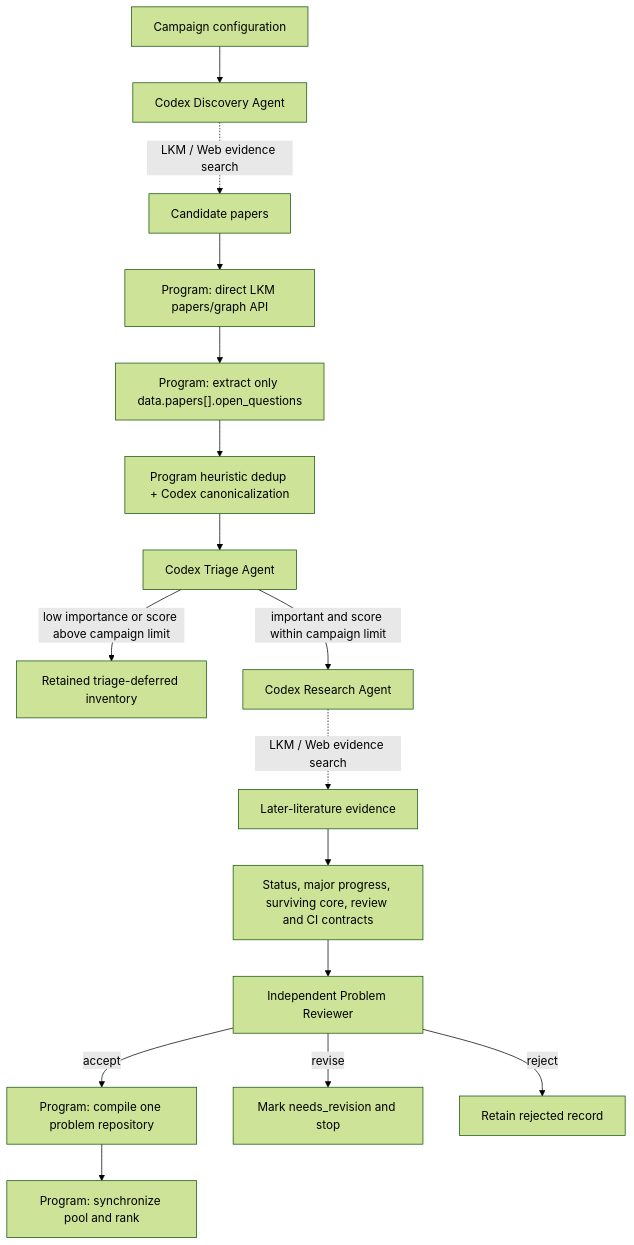
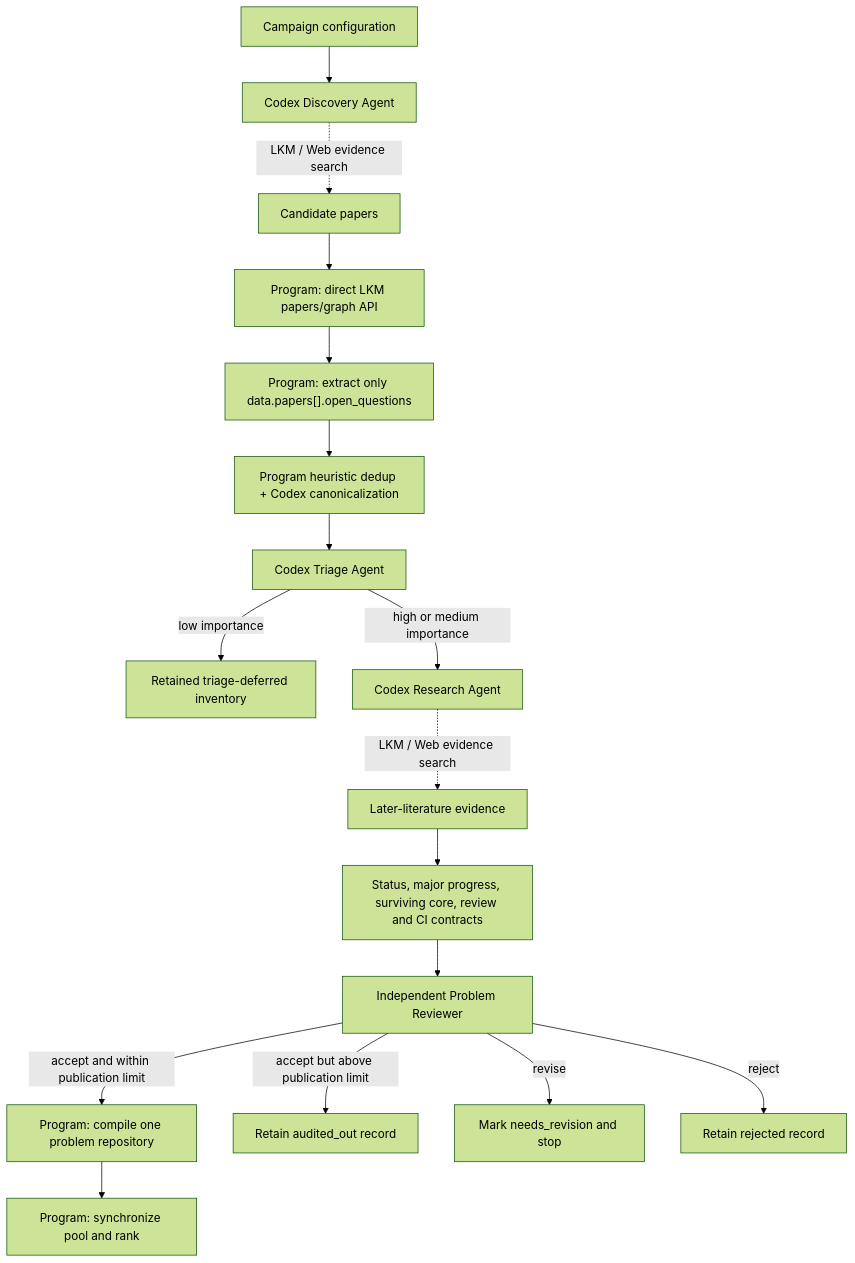
The diagram in README.md (kunyuan/open-research-discovery), drawn with Mermaid (forest theme) before and after one commit. The commit also changed other lines of this file and 14 other files, not shown here.

Commit message:
Audit all important candidates before publication gating

````diff
--- a/README.md
+++ b/README.md
@@ -198,18 +199,19 @@
 ```mermaid
 flowchart TD
     C["Campaign configuration"] --> D["Codex Discovery Agent"]
     D -. "LKM / Web evidence search" .-> S["Candidate papers"]
     S --> A["Program: direct LKM papers/graph API"]
     A --> O["Program: extract only data.papers[].open_questions"]
     O --> H["Program heuristic dedup + Codex canonicalization"]
     H --> T["Codex Triage Agent"]
-    T -->|"low importance or score above campaign limit"| L["Retained triage-deferred inventory"]
-    T -->|"important and score within campaign limit"| R["Codex Research Agent"]
+    T -->|"low importance"| L["Retained triage-deferred inventory"]
+    T -->|"high or medium importance"| R["Codex Research Agent"]
     R -. "LKM / Web evidence search" .-> E["Later-literature evidence"]
     E --> J["Status, major progress, surviving core, review and CI contracts"]
     J --> V["Independent Problem Reviewer"]
-    V -->|"accept"| G["Program: compile one problem repository"]
+    V -->|"accept and within publication limit"| G["Program: compile one problem repository"]
+    V -->|"accept but above publication limit"| A2["Retain audited_out record"]
     V -->|"revise"| N["Mark needs_revision and stop"]
     V -->|"reject"| X["Retain rejected record"]
     G --> P["Program: synchronize pool and rank"]
 ```
````
